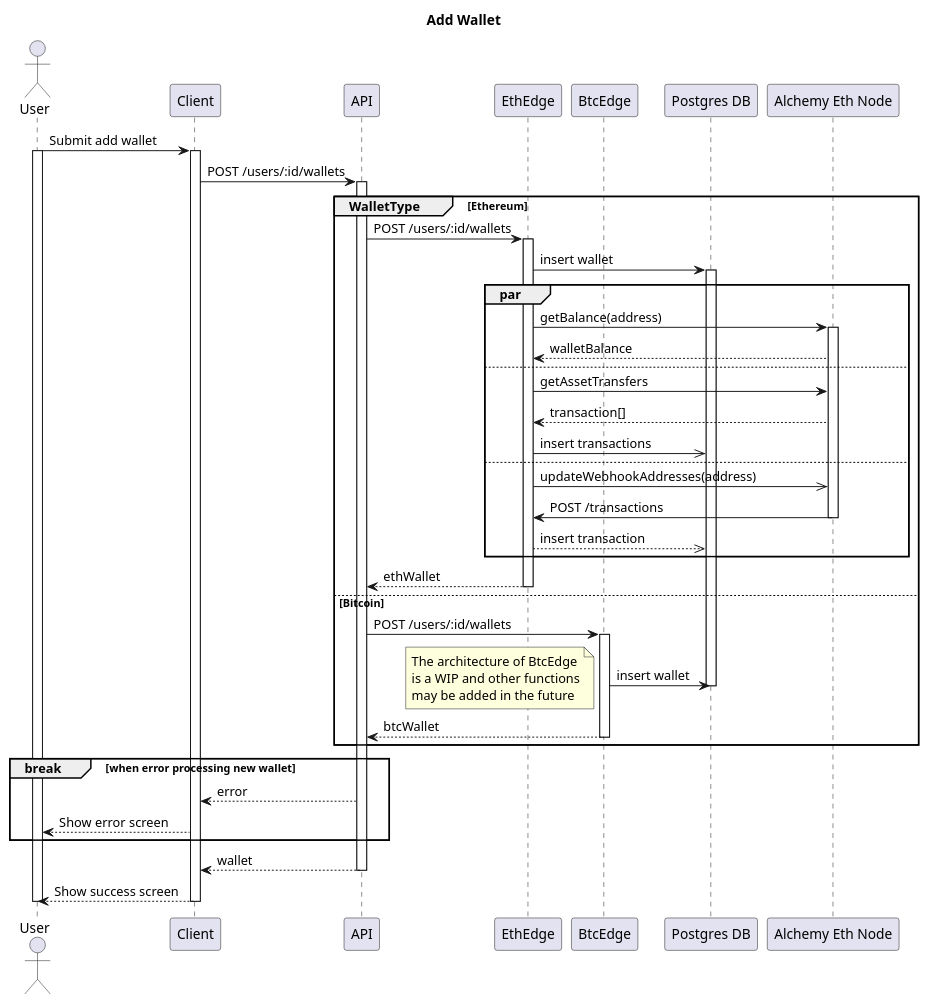
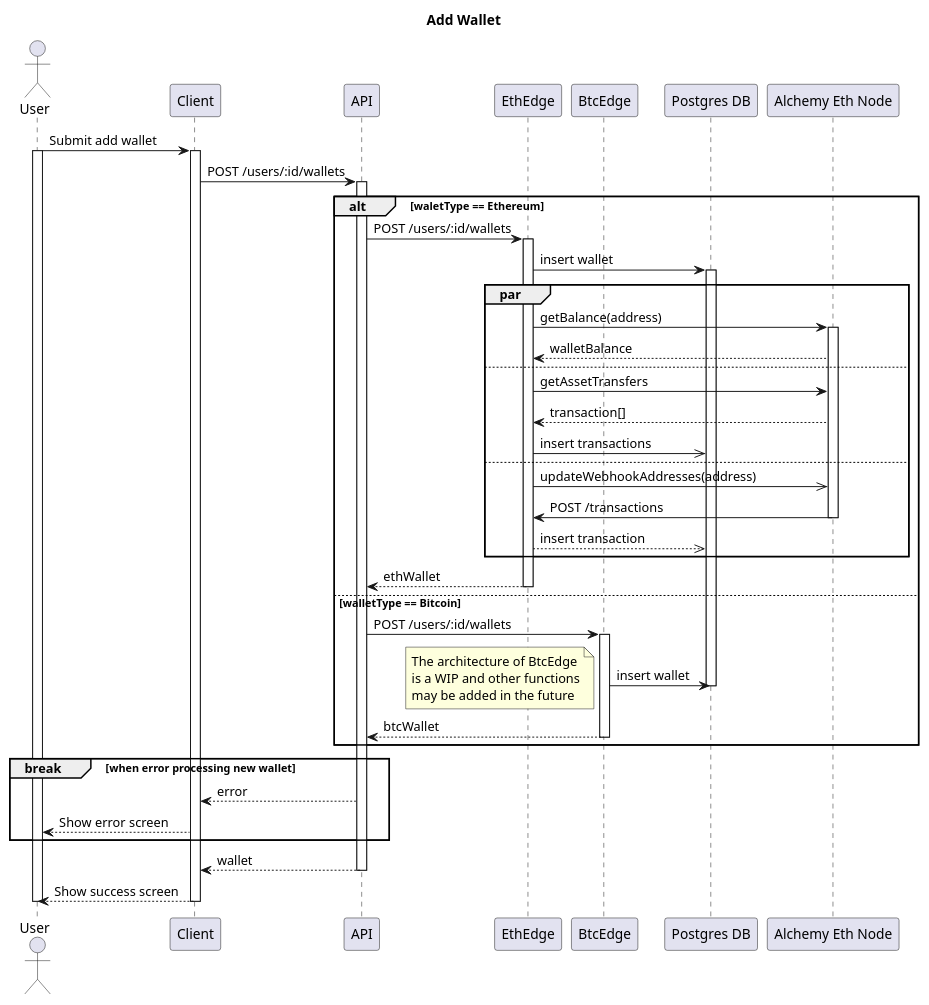
The diagram in packages/diagrams/sequence_add_wallet.puml (SOEN-490-Capstone/Cryptify), drawn with PlantUML before and after one commit. The commit also changed 2 other files, not shown here.

```diff
--- a/packages/diagrams/sequence_add_wallet.puml
+++ b/packages/diagrams/sequence_add_wallet.puml
@@ -1,63 +1,63 @@
 @startuml
 
 title Add Wallet
 
 actor User
 participant Client
 participant API
 participant EthEdge
 participant BtcEdge
 participant "Postgres DB"
 participant "Alchemy Eth Node"
 
 User -> Client: Submit add wallet
 activate User
 activate Client
 Client -> API: POST /users/:id/wallets
 activate API
-group WalletType [Ethereum]
+alt waletType == Ethereum
     API -> EthEdge: POST /users/:id/wallets
     activate EthEdge
     EthEdge -> "Postgres DB": insert wallet
     activate "Postgres DB"
 
     par
         EthEdge -> "Alchemy Eth Node": getBalance(address)
         activate "Alchemy Eth Node"
         "Alchemy Eth Node" --> EthEdge: walletBalance
     else
         EthEdge -> "Alchemy Eth Node": getAssetTransfers
         "Alchemy Eth Node" --> EthEdge: transaction[]
         EthEdge ->> "Postgres DB": insert transactions
     else
         EthEdge ->> "Alchemy Eth Node": updateWebhookAddresses(address)
         "Alchemy Eth Node" -> EthEdge: POST /transactions
         deactivate "Alchemy Eth Node"
         EthEdge -->> "Postgres DB": insert transaction
     end
 
     EthEdge --> API: ethWallet
     deactivate EthEdge
-else Bitcoin
+else walletType == Bitcoin
     API -> BtcEdge: POST /users/:id/wallets
     activate BtcEdge
     BtcEdge -> "Postgres DB": insert wallet
     deactivate "Postgres DB"
     note left: The architecture of BtcEdge\nis a WIP and other functions\nmay be added in the future
 
     BtcEdge --> API: btcWallet
     deactivate BtcEdge
 end
 
 break when error processing new wallet
     API --> Client: error
     Client --> User: Show error screen
 end
 
 API --> Client: wallet
 deactivate API
 Client --> User: Show success screen
 deactivate Client
 deactivate User
 
 @enduml
```
